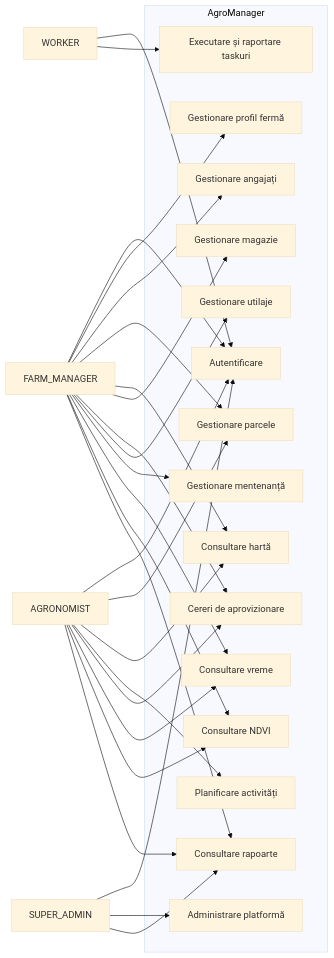
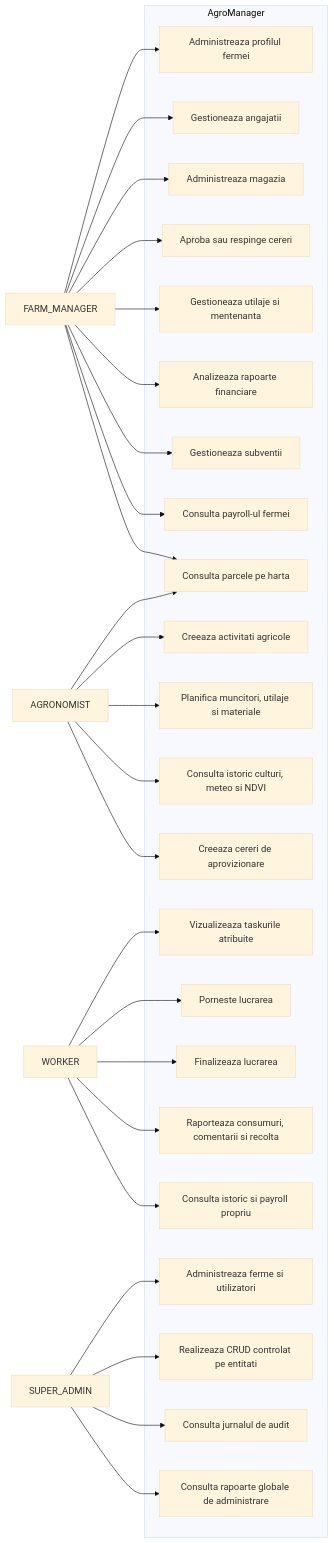
The diagram in docs/licenta/diagrame/figura_3_4_cazuri_utilizare.mmd (Doriann03/AgroManager), drawn with Mermaid (base theme) before and after one commit. The commit also changed 61 other files, not shown here.

```diff
--- a/docs/licenta/diagrame/figura_3_4_cazuri_utilizare.mmd
+++ b/docs/licenta/diagrame/figura_3_4_cazuri_utilizare.mmd
@@ -1,52 +1,60 @@
 flowchart LR
-    Manager["FARM_MANAGER"]
-    Agronom["AGRONOMIST"]
-    Worker["WORKER"]
-    Admin["SUPER_ADMIN"]
+    FM["FARM_MANAGER"]
+    AG["AGRONOMIST"]
+    WK["WORKER"]
+    SA["SUPER_ADMIN"]
 
-    subgraph System["AgroManager"]
-        UCAuth["Autentificare"]
-        UCFarm["Gestionare profil fermă"]
-        UCEmployees["Gestionare angajați"]
-        UCParcels["Gestionare parcele"]
-        UCMap["Consultare hartă"]
-        UCActivities["Planificare activități"]
-        UCWorkerTasks["Executare și raportare taskuri"]
-        UCInventory["Gestionare magazie"]
-        UCRequests["Cereri de aprovizionare"]
-        UCMachinery["Gestionare utilaje"]
-        UCMaint["Gestionare mentenanță"]
-        UCWeather["Consultare vreme"]
-        UCNDVI["Consultare NDVI"]
-        UCReports["Consultare rapoarte"]
-        UCPlatform["Administrare platformă"]
+    subgraph AgroManager["AgroManager"]
+        UC1["Administreaza profilul fermei"]
+        UC2["Gestioneaza angajatii"]
+        UC3["Administreaza magazia"]
+        UC4["Aproba sau respinge cereri"]
+        UC5["Gestioneaza utilaje si mentenanta"]
+        UC6["Analizeaza rapoarte financiare"]
+        UC7["Gestioneaza subventii"]
+        UC21["Consulta payroll-ul fermei"]
+
+        UC8["Consulta parcele pe harta"]
+        UC9["Creeaza activitati agricole"]
+        UC10["Planifica muncitori, utilaje si materiale"]
+        UC11["Consulta istoric culturi, meteo si NDVI"]
+        UC12["Creeaza cereri de aprovizionare"]
+
+        UC13["Vizualizeaza taskurile atribuite"]
+        UC14["Porneste lucrarea"]
+        UC15["Finalizeaza lucrarea"]
+        UC16["Raporteaza consumuri, comentarii si recolta"]
+        UC17["Consulta istoric si payroll propriu"]
+
+        UC18["Administreaza ferme si utilizatori"]
+        UC19["Realizeaza CRUD controlat pe entitati"]
+        UC20["Consulta jurnalul de audit"]
+        UC22["Consulta rapoarte globale de administrare"]
     end
 
-    Manager --> UCAuth
-    Manager --> UCFarm
-    Manager --> UCEmployees
-    Manager --> UCParcels
-    Manager --> UCMap
-    Manager --> UCInventory
-    Manager --> UCRequests
-    Manager --> UCMachinery
-    Manager --> UCMaint
-    Manager --> UCWeather
-    Manager --> UCNDVI
-    Manager --> UCReports
+    FM --> UC1
+    FM --> UC2
+    FM --> UC3
+    FM --> UC4
+    FM --> UC5
+    FM --> UC6
+    FM --> UC7
+    FM --> UC21
+    FM --> UC8
 
-    Agronom --> UCAuth
-    Agronom --> UCParcels
-    Agronom --> UCMap
-    Agronom --> UCActivities
-    Agronom --> UCRequests
-    Agronom --> UCWeather
-    Agronom --> UCNDVI
-    Agronom --> UCReports
+    AG --> UC8
+    AG --> UC9
+    AG --> UC10
+    AG --> UC11
+    AG --> UC12
 
-    Worker --> UCAuth
-    Worker --> UCWorkerTasks
+    WK --> UC13
+    WK --> UC14
+    WK --> UC15
+    WK --> UC16
+    WK --> UC17
 
-    Admin --> UCAuth
-    Admin --> UCPlatform
-    Admin --> UCReports
+    SA --> UC18
+    SA --> UC19
+    SA --> UC20
+    SA --> UC22
```
